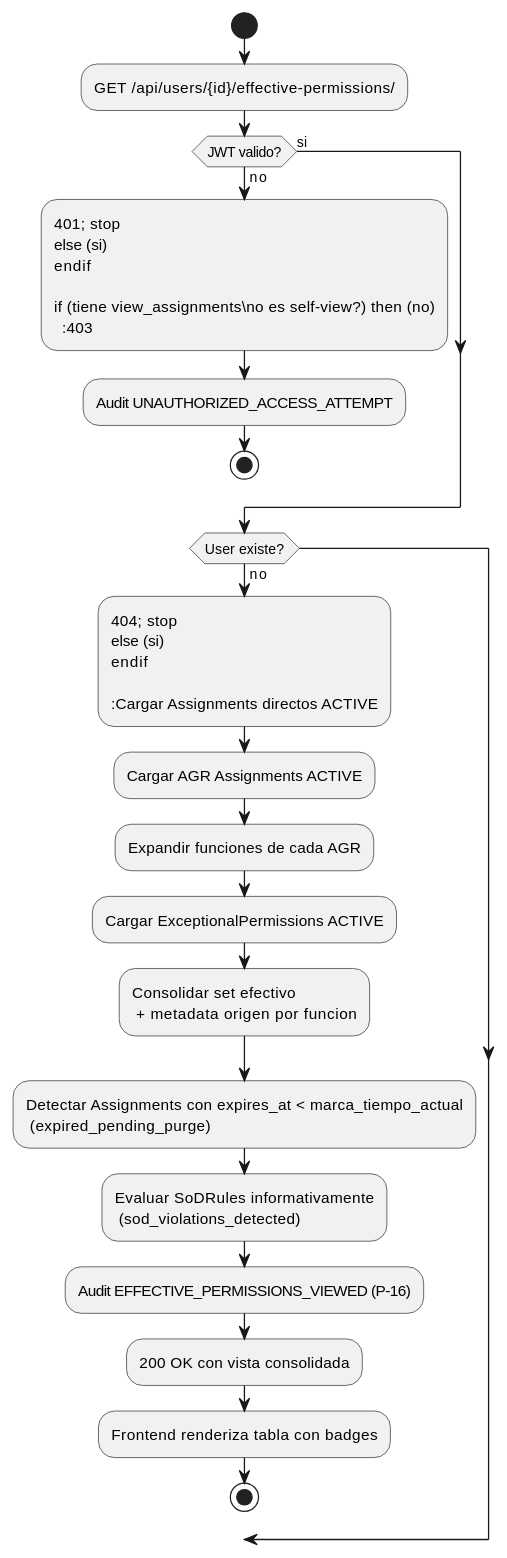
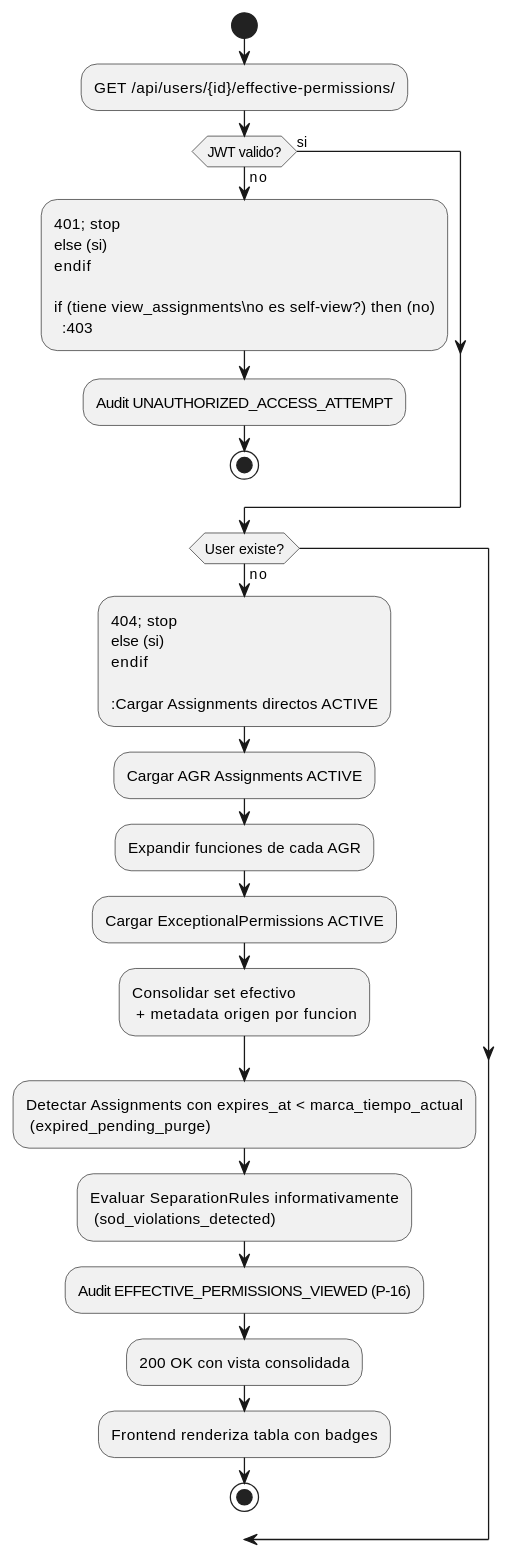
The diagram in source/requisitos/casos-uso/access/uc-acc-03/diagramas-uml/diagrama-de-actividad.rst (jcg-admin/IACT-docs), drawn with PlantUML before and after one commit. The commit also changed 148 other files, not shown here.

```diff
--- a/source/requisitos/casos-uso/access/uc-acc-03/diagramas-uml/diagrama-de-actividad.rst
+++ b/source/requisitos/casos-uso/access/uc-acc-03/diagramas-uml/diagrama-de-actividad.rst
@@ -4,46 +4,46 @@
 .. uml::
  :caption: UC_ACC_03 — actividad
 
  @startuml
 
  start
 
  :GET /api/users/{id}/effective-permissions/;
 
  if (JWT valido?) then (no)
    :401; stop
  else (si)
  endif
 
  if (tiene view_assignments\no es self-view?) then (no)
    :403;
    :Audit UNAUTHORIZED_ACCESS_ATTEMPT;
    stop
  else (si)
  endif
 
  if (User existe?) then (no)
    :404; stop
  else (si)
  endif
 
  :Cargar Assignments directos ACTIVE;
  :Cargar AGR Assignments ACTIVE;
  :Expandir funciones de cada AGR;
  :Cargar ExceptionalPermissions ACTIVE;
 
  :Consolidar set efectivo
   + metadata origen por funcion;
  :Detectar Assignments con expires_at < marca_tiempo_actual
   (expired_pending_purge);
- :Evaluar SoDRules informativamente
+ :Evaluar SeparationRules informativamente
   (sod_violations_detected);
 
  :Audit EFFECTIVE_PERMISSIONS_VIEWED (P-16);
 
  :200 OK con vista consolidada;
  :Frontend renderiza tabla con badges;
 
  stop
 
  @enduml
```
